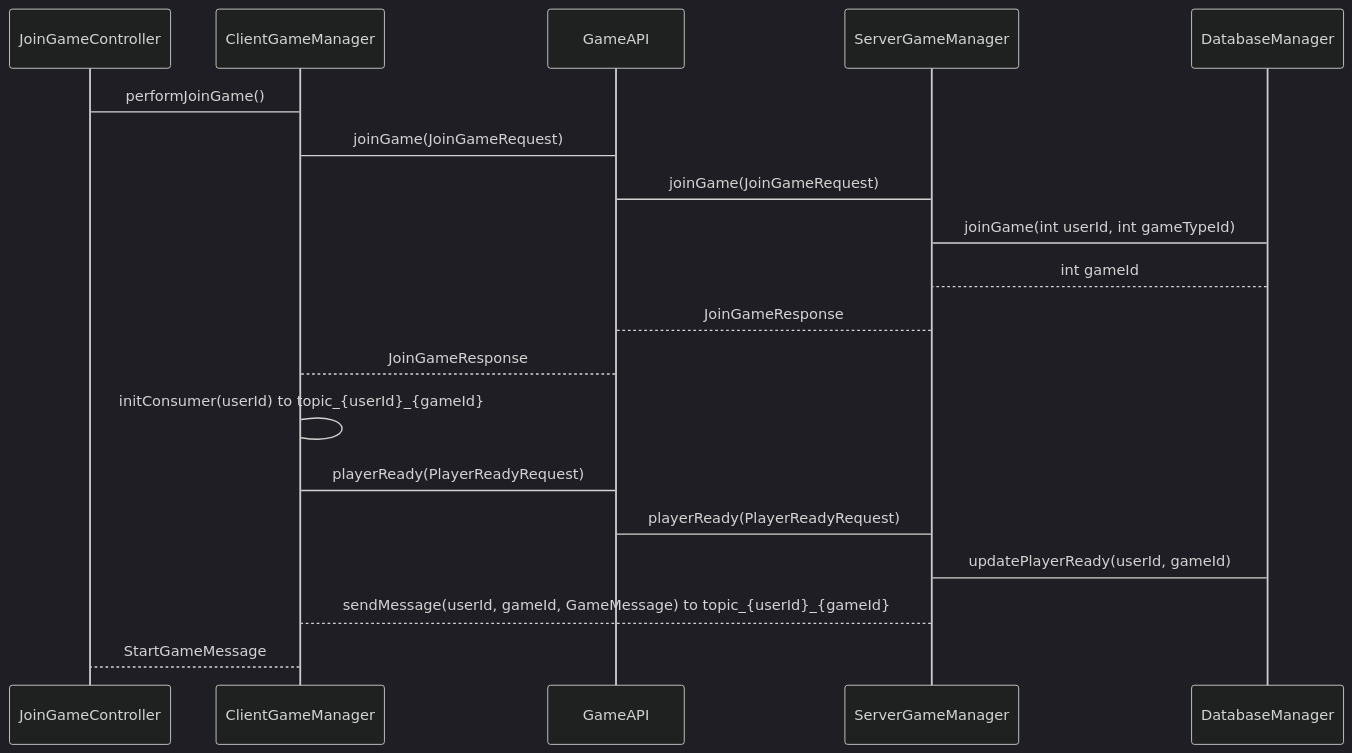
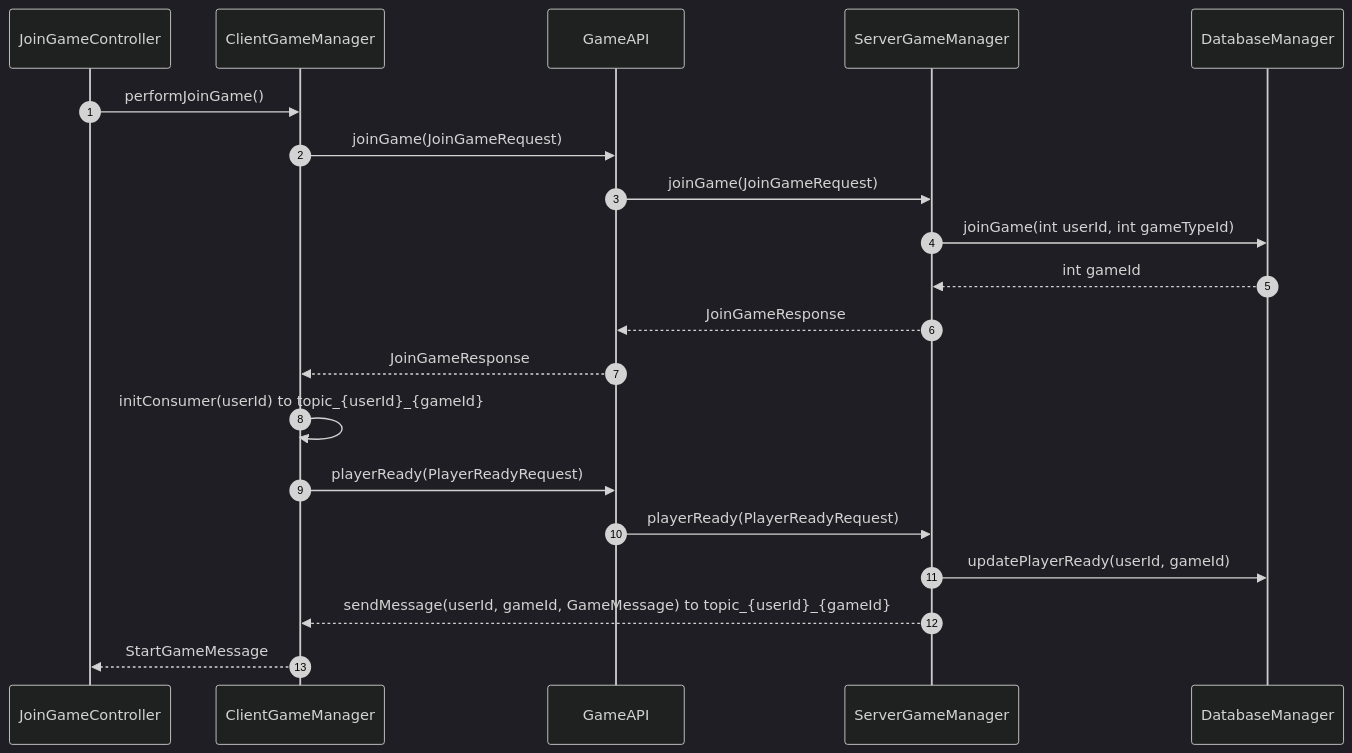
The diagram in README.md (alice-ruv/board-games), drawn with Mermaid (dark theme) before and after one commit.

````diff
--- a/README.md
+++ b/README.md
@@ -120,16 +120,17 @@
 ```mermaid 
 sequenceDiagram
-JoinGameController -> ClientGameManager: performJoinGame()
-ClientGameManager -> GameAPI: joinGame(JoinGameRequest)
-GameAPI -> ServerGameManager: joinGame(JoinGameRequest)
-ServerGameManager -> DatabaseManager: joinGame(int userId, int gameTypeId)
-DatabaseManager --> ServerGameManager: int gameId
-ServerGameManager --> GameAPI: JoinGameResponse
-GameAPI --> ClientGameManager: JoinGameResponse
-ClientGameManager -> ClientGameManager: initConsumer(userId) to topic_{userId}_{gameId}
-ClientGameManager -> GameAPI: playerReady(PlayerReadyRequest)
-GameAPI -> ServerGameManager: playerReady(PlayerReadyRequest)
-ServerGameManager -> DatabaseManager: updatePlayerReady(userId, gameId)
-ServerGameManager --> ClientGameManager: sendMessage(userId, gameId, GameMessage) to topic_{userId}_{gameId}
-ClientGameManager --> JoinGameController: StartGameMessage
+autonumber
+JoinGameController ->> ClientGameManager: performJoinGame()
+ClientGameManager ->> GameAPI: joinGame(JoinGameRequest)
+GameAPI ->> ServerGameManager: joinGame(JoinGameRequest)
+ServerGameManager ->> DatabaseManager: joinGame(int userId, int gameTypeId)
+DatabaseManager -->> ServerGameManager: int gameId
+ServerGameManager -->> GameAPI: JoinGameResponse
+GameAPI -->> ClientGameManager: JoinGameResponse
+ClientGameManager ->> ClientGameManager: initConsumer(userId) to topic_{userId}_{gameId}
+ClientGameManager ->> GameAPI: playerReady(PlayerReadyRequest)
+GameAPI ->> ServerGameManager: playerReady(PlayerReadyRequest)
+ServerGameManager ->> DatabaseManager: updatePlayerReady(userId, gameId)
+ServerGameManager -->> ClientGameManager: sendMessage(userId, gameId, GameMessage) to topic_{userId}_{gameId}
+ClientGameManager -->> JoinGameController: StartGameMessage
 ```
````
